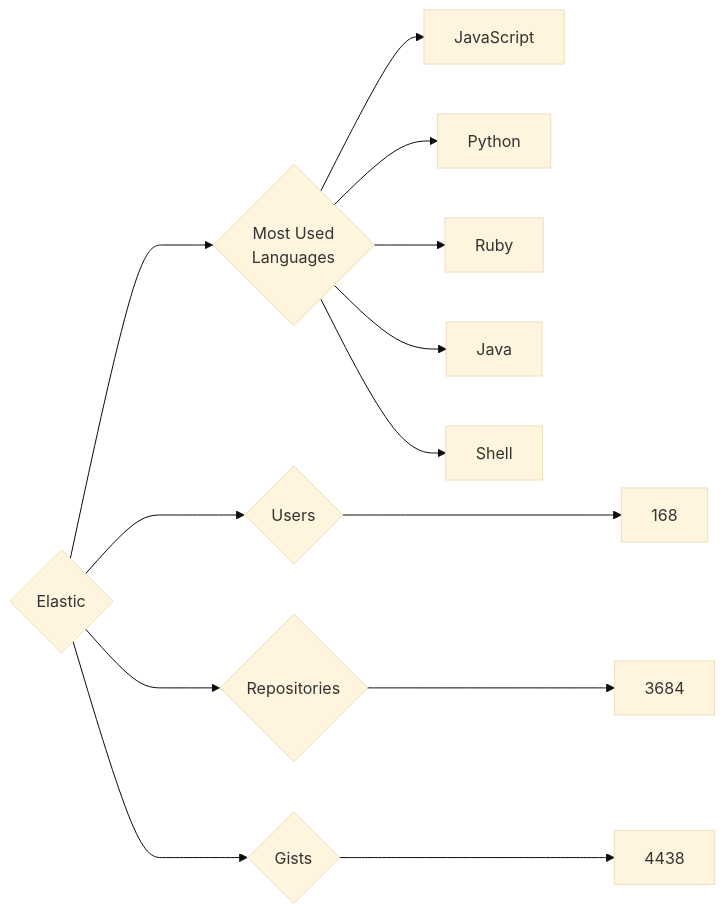
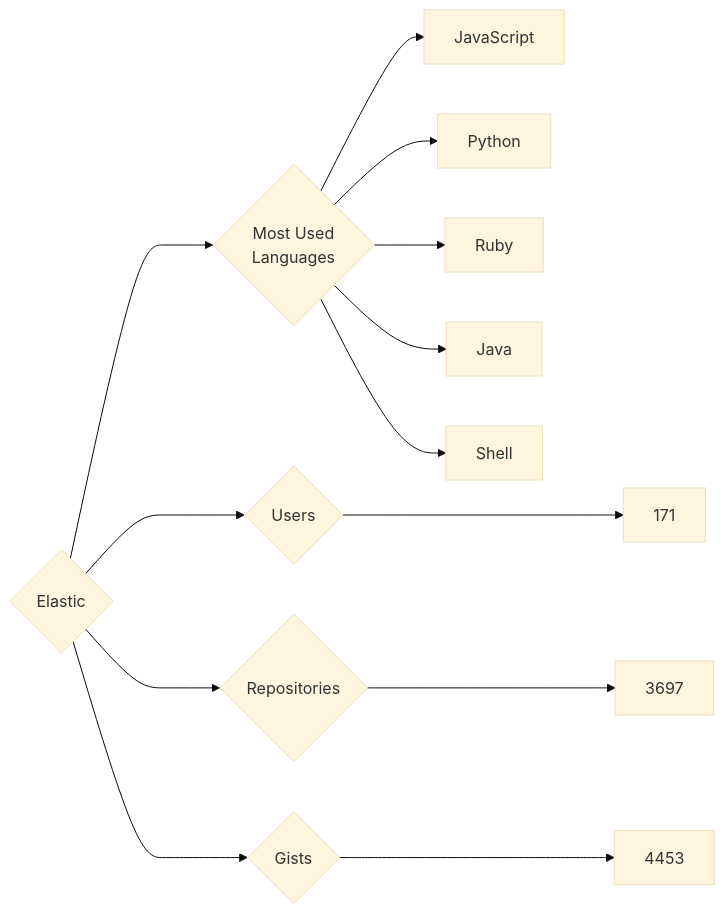
One commit to trickest/insiders changed the diagram in targets/Elastic/README.md. Above: the diagram before and after it, drawn with Mermaid (base theme). The commit also changed 895 other files, not shown here.

````diff
--- a/targets/Elastic/README.md
+++ b/targets/Elastic/README.md
@@ -3,13 +3,13 @@
 ```mermaid
 graph LR
 COMPANY_NAME{Elastic}
-COMPANY_NAME ---> U{Users} ---> UN[168]
-COMPANY_NAME ---> R{Repositories} ---> RN[3684]
-COMPANY_NAME ---> G{Gists} ---> GN[4438]
+COMPANY_NAME ---> U{Users} ---> UN[171]
+COMPANY_NAME ---> R{Repositories} ---> RN[3697]
+COMPANY_NAME ---> G{Gists} ---> GN[4453]
 COMPANY_NAME ---> ML{Most Used<br>Languages}
 ML --> JavaScript[JavaScript]
 ML --> Python[Python]
 ML --> Ruby[Ruby]
 ML --> Java[Java]
 ML --> Shell[Shell]
 ```
````
